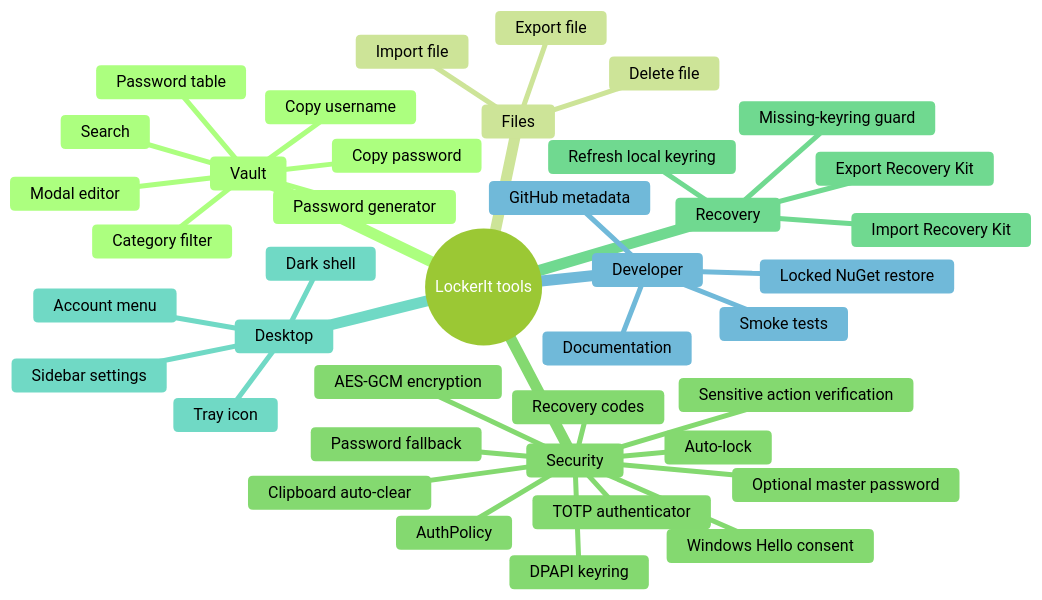
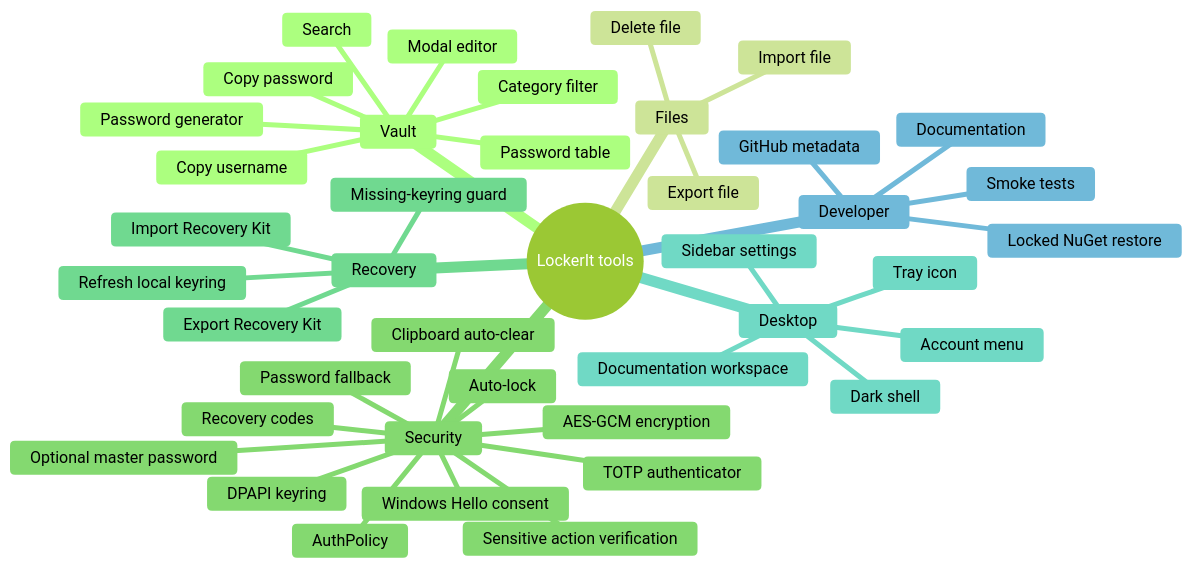
The second of 4 diagrams in README.md (viamus/locker-it), drawn with Mermaid (forest theme) before and after one commit. The commit also changed other lines of this file and 4 other files, not shown here.

Commit message:
Add documentation workspace and file filters

````diff
--- a/README.md
+++ b/README.md
@@ -70,43 +71,44 @@
 ```mermaid
 mindmap
   root((LockerIt tools))
     Vault
       Password table
       Category filter
       Search
       Modal editor
       Copy username
       Copy password
       Password generator
     Files
       Import file
       Export file
       Delete file
     Security
       Windows Hello consent
       Password fallback
       DPAPI keyring
       Optional master password
       AuthPolicy
       TOTP authenticator
       Recovery codes
       AES-GCM encryption
       Clipboard auto-clear
       Auto-lock
       Sensitive action verification
     Recovery
       Export Recovery Kit
       Import Recovery Kit
       Refresh local keyring
       Missing-keyring guard
     Desktop
       Dark shell
       Sidebar settings
+      Documentation workspace
       Account menu
       Tray icon
     Developer
       Locked NuGet restore
       Smoke tests
       GitHub metadata
       Documentation
 ```
````
